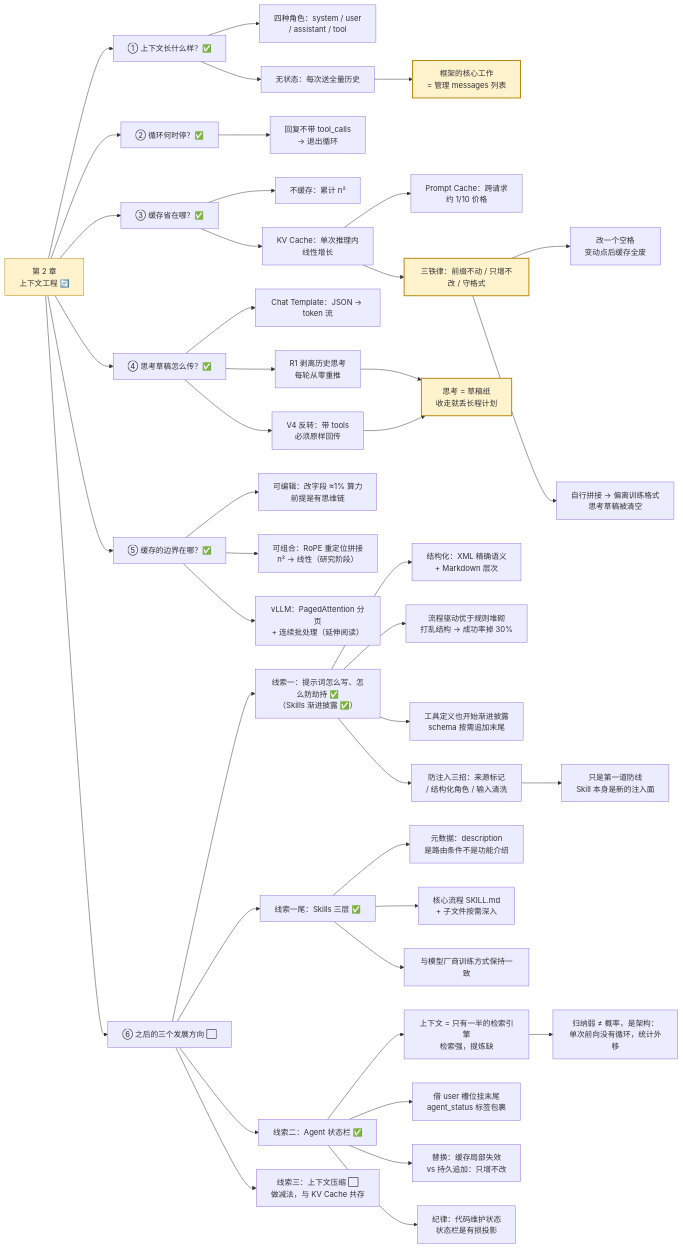
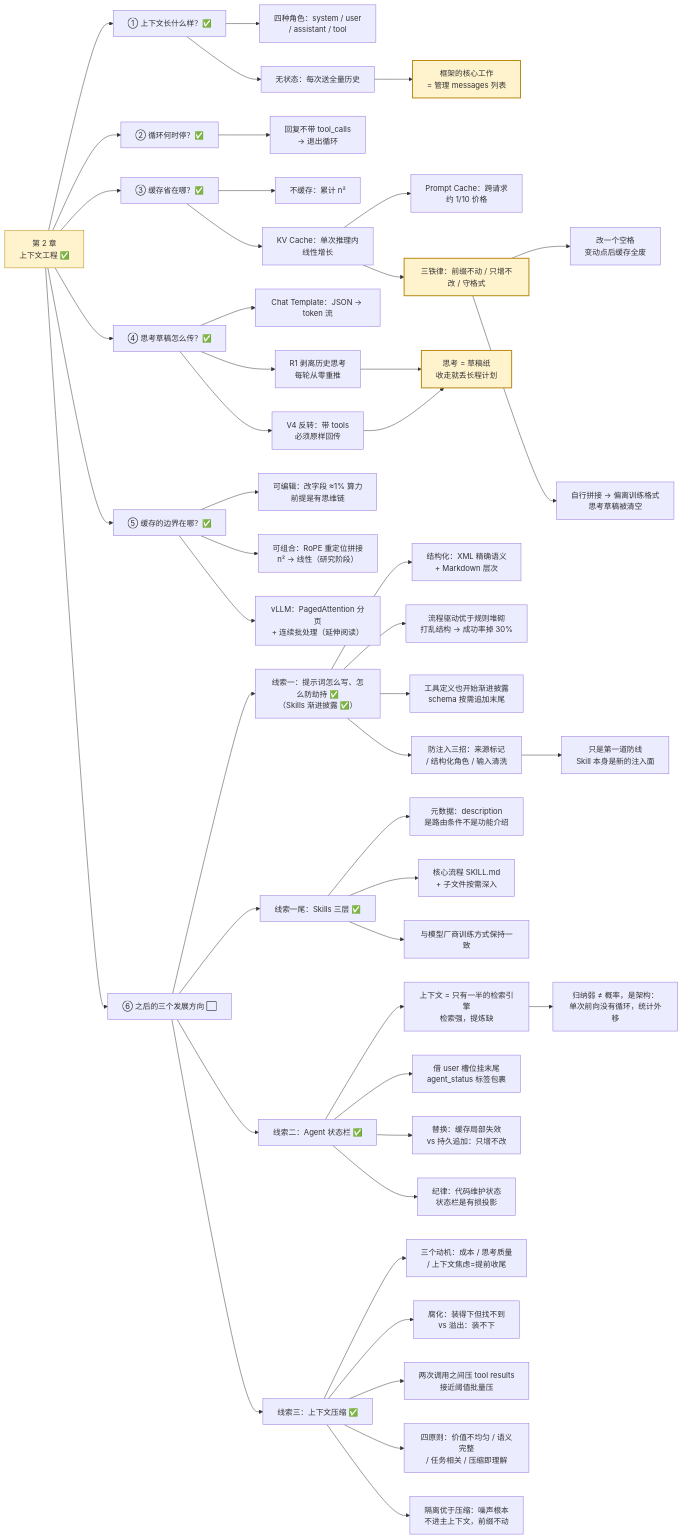
One commit to dongxuanmang/dongxuanmang.github.io changed the third of 3 diagrams in source/agent-book/index.md. Above: the diagram before and after it, drawn with Mermaid. The commit also changed other lines of this file and 2 other files, not shown here.

Commit message:
content: 发布精读第九篇——装得下但找不到了（第 2 章完结）

```diff
--- a/source/agent-book/index.md
+++ b/source/agent-book/index.md
@@ -87,55 +87,60 @@
 {% mermaid %}
 graph LR
-    CH2["第 2 章<br/>上下文工程 🔄"] --> Q1["① 上下文长什么样？✅"]
+    CH2["第 2 章<br/>上下文工程 ✅"] --> Q1["① 上下文长什么样？✅"]
     CH2 --> Q2["② 循环何时停？✅"]
     CH2 --> Q3["③ 缓存省在哪？✅"]
     CH2 --> Q4["④ 思考草稿怎么传？✅"]
     CH2 --> Q5["⑤ 缓存的边界在哪？✅"]
     CH2 --> Q6["⑥ 之后的三个发展方向 ⬜"]
 
     Q1 --> A1["四种角色：system / user<br/>/ assistant / tool"]
     Q1 --> A2["无状态：每次送全量历史"]
     A2 --> A3["框架的核心工作<br/>= 管理 messages 列表"]
 
     Q2 --> B1["回复不带 tool_calls<br/>→ 退出循环"]
 
     Q3 --> C1["不缓存：累计 n²"]
     Q3 --> C2["KV Cache：单次推理内<br/>线性增长"]
     C2 --> C21["Prompt Cache：跨请求<br/>约 1/10 价格"]
     C2 --> C22["三铁律：前缀不动 / 只增不改 / 守格式"]
     C22 --> C23["改一个空格<br/>变动点后缓存全废"]
     C22 --> C24["自行拼接 → 偏离训练格式<br/>思考草稿被清空"]
 
     Q4 --> D1["Chat Template：JSON → token 流"]
     Q4 --> D2["R1 剥离历史思考<br/>每轮从零重推"]
     Q4 --> D3["V4 反转：带 tools<br/>必须原样回传"]
     D2 --> D4["思考 = 草稿纸<br/>收走就丢长程计划"]
     D3 --> D4
 
     Q5 --> E1["可编辑：改字段 ≈1% 算力<br/>前提是有思维链"]
     Q5 --> E2["可组合：RoPE 重定位拼接<br/>n² → 线性（研究阶段）"]
     Q5 --> E3["vLLM：PagedAttention 分页<br/>+ 连续批处理（延伸阅读）"]
 
     Q6 --> F1["线索一：提示词怎么写、怎么防劫持 ✅<br/>（Skills 渐进披露 ✅）"]
     F1 --> F11["结构化：XML 精确语义<br/>+ Markdown 层次"]
     F1 --> F12["流程驱动优于规则堆砌<br/>打乱结构 → 成功率掉 30%"]
     F1 --> F13["工具定义也开始渐进披露<br/>schema 按需追加末尾"]
     F1 --> F14["防注入三招：来源标记<br/>/ 结构化角色 / 输入清洗"]
     F14 --> F15["只是第一道防线<br/>Skill 本身是新的注入面"]
     Q6 --> F1b["线索一尾：Skills 三层 ✅"]
     F1b --> F1b1["元数据：description<br/>是路由条件不是功能介绍"]
     F1b --> F1b2["核心流程 SKILL.md<br/>+ 子文件按需深入"]
     F1b --> F1b3["与模型厂商训练方式保持一致"]
     Q6 --> F2["线索二：Agent 状态栏 ✅"]
     F2 --> F21["上下文 = 只有一半的检索引擎<br/>检索强，提炼缺"]
     F21 --> F25["归纳弱 ≠ 概率，是架构：<br/>单次前向没有循环，统计外移"]
     F2 --> F22["借 user 槽位挂末尾<br/>agent_status 标签包裹"]
     F2 --> F23["替换：缓存局部失效<br/>vs 持久追加：只增不改"]
     F2 --> F24["纪律：代码维护状态<br/>状态栏是有损投影"]
-    Q6 --> F3["线索三：上下文压缩 ⬜<br/>做减法，与 KV Cache 共存"]
+    Q6 --> F3["线索三：上下文压缩 ✅"]
+    F3 --> F31["三个动机：成本 / 思考质量<br/>/ 上下文焦虑=提前收尾"]
+    F3 --> F32["腐化：装得下但找不到<br/>vs 溢出：装不下"]
+    F3 --> F33["两次调用之间压 tool results<br/>接近阈值批量压"]
+    F3 --> F34["四原则：价值不均匀 / 语义完整<br/>/ 任务相关 / 压缩即理解"]
+    F3 --> F35["隔离优于压缩：噪声根本<br/>不进主上下文，前缀不动"]
 
     style CH2 fill:#fff3cd,stroke:#b8860b
     style A3 fill:#fff3cd,stroke:#b8860b,stroke-width:2px
     style C22 fill:#fff3cd,stroke:#b8860b,stroke-width:2px
     style D4 fill:#fff3cd,stroke:#b8860b,stroke-width:2px
 {% endmermaid %}
```
